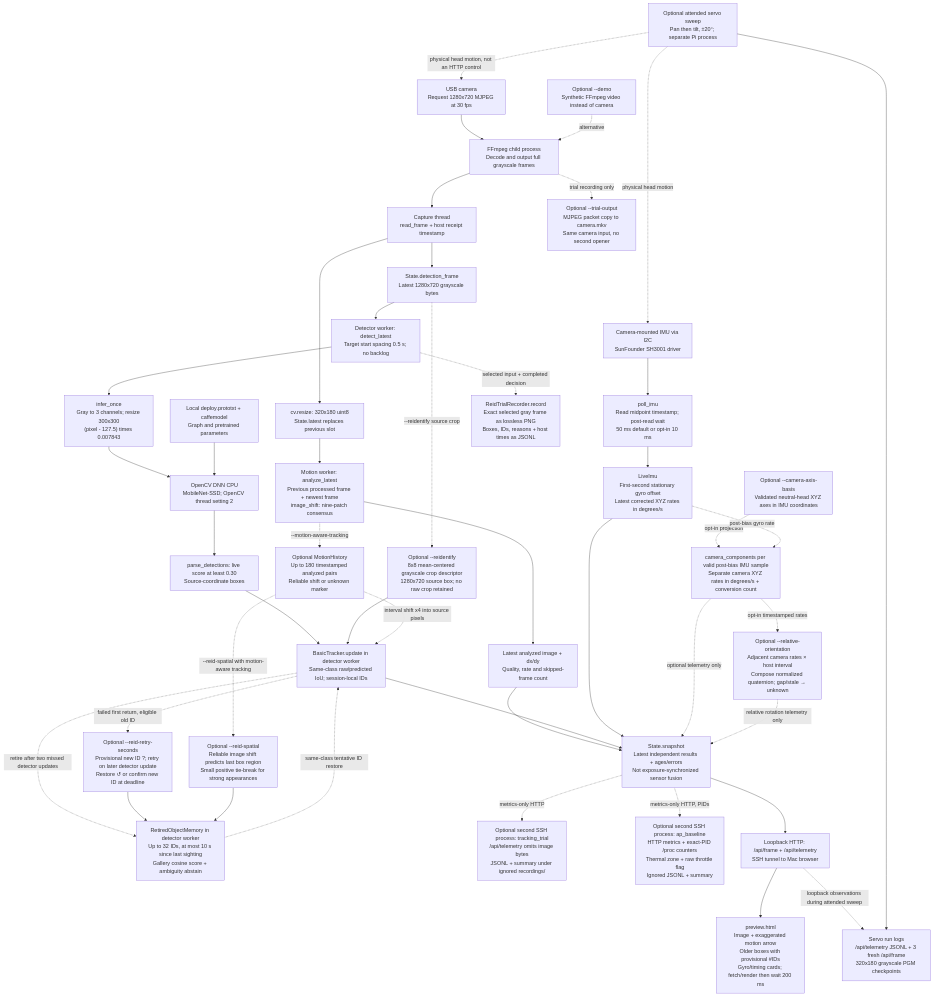
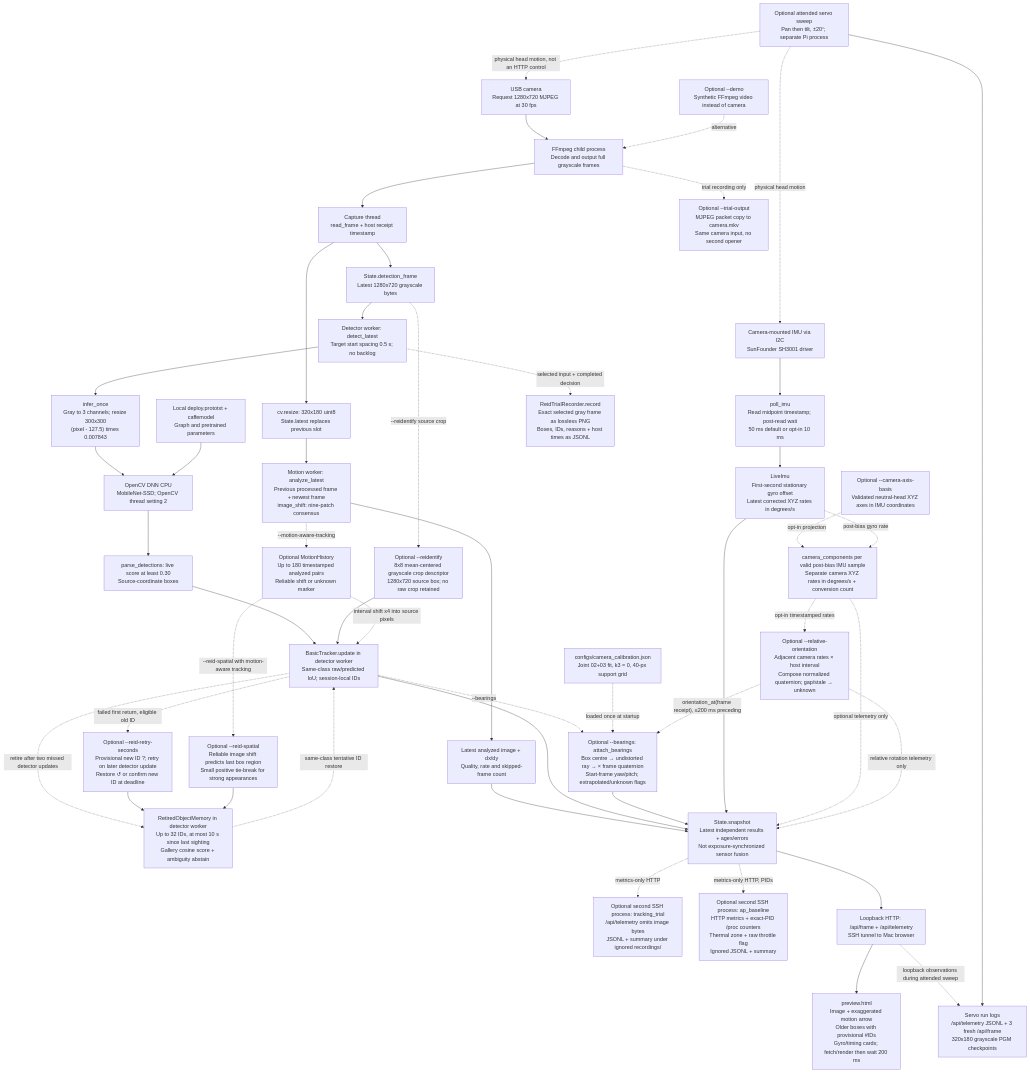
Before and after one commit to choir0322/edgexr: the third of 3 diagrams in docs/PIPELINE.md, drawn with Mermaid. The commit also changed other lines of this file and 14 other files, not shown here.

First line of the commit message:
feat: add start-frame bearings to live detections (step 1)

````diff
--- a/docs/PIPELINE.md
+++ b/docs/PIPELINE.md
@@ -260,68 +272,73 @@
 ```mermaid
 flowchart TD
     CAMERA["USB camera<br/>Request 1280x720 MJPEG at 30 fps"]
     DEMO["Optional --demo<br/>Synthetic FFmpeg video instead of camera"]
     FF["FFmpeg child process<br/>Decode and output full grayscale frames"]
     CAP["Capture thread<br/>read_frame + host receipt timestamp"]
     SMALL["cv.resize: 320x180 uint8<br/>State.latest replaces previous slot"]
     MOTION["Motion worker: analyze_latest<br/>Previous processed frame + newest frame<br/>image_shift: nine-patch consensus"]
     RESULT["Latest analyzed image + dx/dy<br/>Quality, rate and skipped-frame count"]
     HISTORY["Optional MotionHistory<br/>Up to 180 timestamped analyzed pairs<br/>Reliable shift or unknown marker"]
     FULL["State.detection_frame<br/>Latest 1280x720 grayscale bytes"]
     DET["Detector worker: detect_latest<br/>Target start spacing 0.5 s; no backlog"]
     PRE["infer_once<br/>Gray to 3 channels; resize 300x300<br/>(pixel - 127.5) times 0.007843"]
     NET["OpenCV DNN CPU<br/>MobileNet-SSD; OpenCV thread setting 2"]
     BOX["parse_detections: live score at least 0.30<br/>Source-coordinate boxes"]
     TRACK["BasicTracker.update in detector worker<br/>Same-class raw/predicted IoU; session-local IDs"]
+    BEARING["Optional --bearings: attach_bearings<br/>Box centre → undistorted ray → × frame quaternion<br/>Start-frame yaw/pitch; extrapolated/unknown flags"]
+    CALIB["configs/camera_calibration.json<br/>Joint 02+03 fit, k3 = 0, 40-px support grid"]
     DESC["Optional --reidentify<br/>8x8 mean-centered grayscale crop descriptor<br/>1280x720 source box; no raw crop retained"]
     MEMORY["RetiredObjectMemory in detector worker<br/>Up to 32 IDs, at most 10 s since last sighting<br/>Gallery cosine score + ambiguity abstain"]
     RETRY["Optional --reid-retry-seconds<br/>Provisional new ID ?; retry on later detector update<br/>Restore ↺ or confirm new ID at deadline"]
     SPATIAL["Optional --reid-spatial<br/>Reliable image shift predicts last box region<br/>Small positive tie-break for strong appearances"]
     MODEL["Local deploy.prototxt + caffemodel<br/>Graph and pretrained parameters"]
     IMU["Camera-mounted IMU via I2C<br/>SunFounder SH3001 driver"]
     POLL["poll_imu<br/>Read midpoint timestamp; post-read wait<br/>50 ms default or opt-in 10 ms"]
     BIAS["LiveImu<br/>First-second stationary gyro offset<br/>Latest corrected XYZ rates in degrees/s"]
     BASIS["Optional --camera-axis-basis<br/>Validated neutral-head XYZ axes in IMU coordinates"]
     CAMRATE["camera_components per valid post-bias IMU sample<br/>Separate camera XYZ rates in degrees/s + conversion count"]
     ORIENT["Optional --relative-orientation<br/>Adjacent camera rates × host interval<br/>Compose normalized quaternion; gap/stale → unknown"]
     STATE["State.snapshot<br/>Latest independent results + ages/errors<br/>Not exposure-synchronized sensor fusion"]
     TRIAL["Optional second SSH process: tracking_trial<br/>/api/telemetry omits image bytes<br/>JSONL + summary under ignored recordings/"]
     REIDVIDEO["Optional --trial-output<br/>MJPEG packet copy to camera.mkv<br/>Same camera input, no second opener"]
     REIDLOG["ReidTrialRecorder.record<br/>Exact selected gray frame as lossless PNG<br/>Boxes, IDs, reasons + host times as JSONL"]
     AP["Optional second SSH process: ap_baseline<br/>HTTP metrics + exact-PID /proc counters<br/>Thermal zone + raw throttle flag<br/>Ignored JSONL + summary"]
     SERVO["Optional attended servo sweep<br/>Pan then tilt, ±20°; separate Pi process"]
     CHECKPOINT["Servo run logs<br/>/api/telemetry JSONL + 3 fresh /api/frame<br/>320x180 grayscale PGM checkpoints"]
     WEB["Loopback HTTP: /api/frame + /api/telemetry<br/>SSH tunnel to Mac browser"]
     UI["preview.html<br/>Image + exaggerated motion arrow<br/>Older boxes with provisional #IDs<br/>Gyro/timing cards; fetch/render then wait 200 ms"]
     CAMERA --> FF
     DEMO -. alternative .-> FF
     FF --> CAP
     FF -. "trial recording only" .-> REIDVIDEO
     CAP --> SMALL --> MOTION --> RESULT
     MOTION -. "--motion-aware-tracking" .-> HISTORY
     CAP --> FULL --> DET --> PRE --> NET --> BOX --> TRACK
     FULL -. "--reidentify source crop" .-> DESC --> TRACK
     TRACK -. "retire after two missed detector updates" .-> MEMORY
     MEMORY -. "same-class tentative ID restore" .-> TRACK
     TRACK -. "failed first return, eligible old ID" .-> RETRY --> MEMORY
     DET -. "selected input + completed decision" .-> REIDLOG
     MODEL --> NET
     HISTORY -. "interval shift x4 into source pixels" .-> TRACK
     HISTORY -. "--reid-spatial with motion-aware tracking" .-> SPATIAL --> MEMORY
     IMU --> POLL --> BIAS
     BASIS -. "opt-in projection" .-> CAMRATE
     BIAS -. "post-bias gyro rate" .-> CAMRATE
     CAMRATE -. "opt-in timestamped rates" .-> ORIENT
     RESULT --> STATE
     TRACK --> STATE
+    TRACK -. "--bearings" .-> BEARING --> STATE
+    CALIB -. "loaded once at startup" .-> BEARING
+    ORIENT -. "orientation_at(frame receipt), ≤200 ms preceding" .-> BEARING
     BIAS --> STATE
     CAMRATE -. "optional telemetry only" .-> STATE
     ORIENT -. "relative rotation telemetry only" .-> STATE
     STATE --> WEB --> UI
     STATE -. "metrics-only HTTP" .-> TRIAL
     STATE -. "metrics-only HTTP, PIDs" .-> AP
     SERVO -. "physical head motion, not an HTTP control" .-> CAMERA
     SERVO -. "physical head motion" .-> IMU
     WEB -. "loopback observations during attended sweep" .-> CHECKPOINT
     SERVO --> CHECKPOINT
 ```
````
